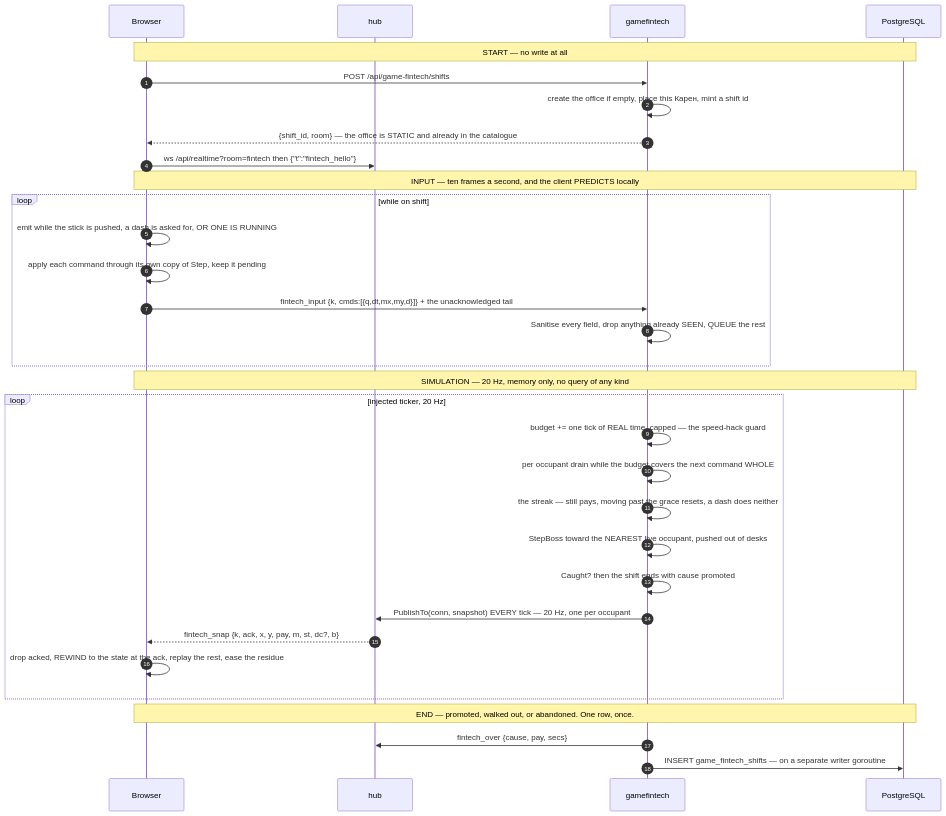
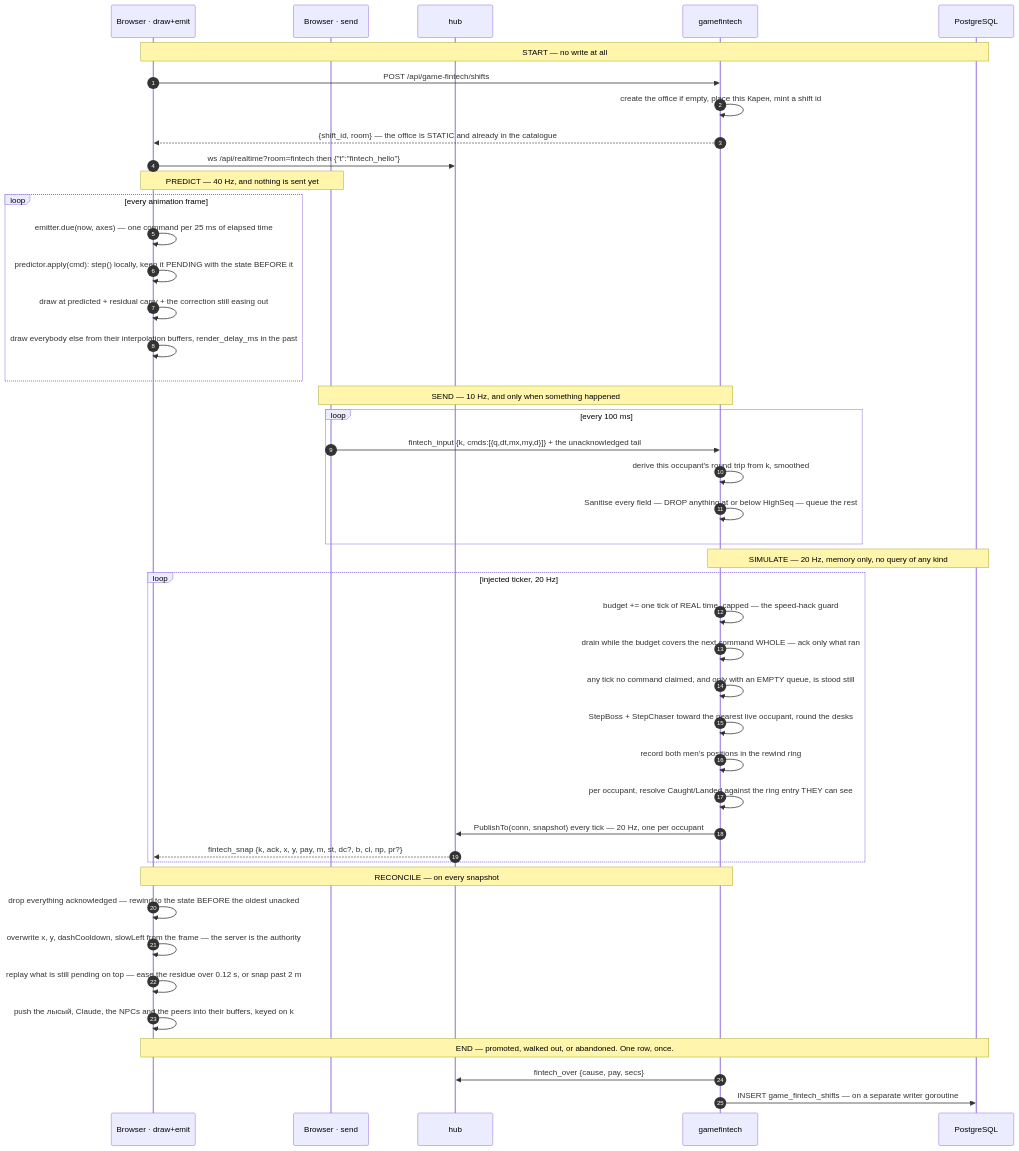
Before and after one commit to SergeyZSpb/psycho-space: the ninth of 13 diagrams in docs/ARCHITECTURE.md, drawn with Mermaid. The commit also changed other lines of this file and 4 other files, not shown here.

````diff
--- a/docs/ARCHITECTURE.md
+++ b/docs/ARCHITECTURE.md
@@ -375,38 +390,52 @@
 ```mermaid
 sequenceDiagram
     autonumber
-    participant B as Browser
+    participant D as Browser · draw+emit
+    participant S as Browser · send
     participant H as hub
     participant G as gamefintech
     participant P as PostgreSQL
 
-    Note over B,P: START — no write at all
-    B->>G: POST /api/game-fintech/shifts
+    Note over D,P: START — no write at all
+    D->>G: POST /api/game-fintech/shifts
     G->>G: create the office if empty, place this Карен, mint a shift id
-    G-->>B: {shift_id, room} — the office is STATIC and already in the catalogue
-    B->>H: ws /api/realtime?room=fintech then {"t":"fintech_hello"}
+    G-->>D: {shift_id, room} — the office is STATIC and already in the catalogue
+    D->>H: ws /api/realtime?room=fintech then {"t":"fintech_hello"}
 
-    Note over B,P: INPUT — ten frames a second, and the client PREDICTS locally
-    loop while on shift
-        B->>B: emit while the stick is pushed, a dash is asked for, OR ONE IS RUNNING
-        B->>B: apply each command through its own copy of Step, keep it pending
-        B->>G: fintech_input {k, cmds:[{q,dt,mx,my,d}]} + the unacknowledged tail
-        G->>G: Sanitise every field, drop anything already SEEN, QUEUE the rest
+    Note over D,S: PREDICT — 40 Hz, and nothing is sent yet
+    loop every animation frame
+        D->>D: emitter.due(now, axes) — one command per 25 ms of elapsed time
+        D->>D: predictor.apply(cmd): step() locally, keep it PENDING with the state BEFORE it
+        D->>D: draw at predicted + residual carry + the correction still easing out
+        D->>D: draw everybody else from their interpolation buffers, render_delay_ms in the past
     end
 
-    Note over B,P: SIMULATION — 20 Hz, memory only, no query of any kind
+    Note over S,G: SEND — 10 Hz, and only when something happened
+    loop every 100 ms
+        S->>G: fintech_input {k, cmds:[{q,dt,mx,my,d}]} + the unacknowledged tail
+        G->>G: derive this occupant's round trip from k, smoothed
+        G->>G: Sanitise every field — DROP anything at or below HighSeq — queue the rest
+    end
+
+    Note over G,P: SIMULATE — 20 Hz, memory only, no query of any kind
     loop injected ticker, 20 Hz
         G->>G: budget += one tick of REAL time, capped — the speed-hack guard
-        G->>G: per occupant drain while the budget covers the next command WHOLE
-        G->>G: the streak — still pays, moving past the grace resets, a dash does neither
-        G->>G: StepBoss toward the NEAREST live occupant, pushed out of desks
-        G->>G: Caught? then the shift ends with cause promoted
-        G->>H: PublishTo(conn, snapshot) EVERY tick — 20 Hz, one per occupant
-        H-->>B: fintech_snap {k, ack, x, y, pay, m, st, dc?, b}
-        B->>B: drop acked, REWIND to the state at the ack, replay the rest, ease the residue
+        G->>G: drain while the budget covers the next command WHOLE — ack only what ran
+        G->>G: any tick no command claimed, and only with an EMPTY queue, is stood still
+        G->>G: StepBoss + StepChaser toward the nearest live occupant, round the desks
+        G->>G: record both men's positions in the rewind ring
+        G->>G: per occupant, resolve Caught/Landed against the ring entry THEY can see
+        G->>H: PublishTo(conn, snapshot) every tick — 20 Hz, one per occupant
+        H-->>D: fintech_snap {k, ack, x, y, pay, m, st, dc?, b, cl, np, pr?}
     end
 
-    Note over B,P: END — promoted, walked out, or abandoned. One row, once.
+    Note over D,G: RECONCILE — on every snapshot
+    D->>D: drop everything acknowledged — rewind to the state BEFORE the oldest unacked
+    D->>D: overwrite x, y, dashCooldown, slowLeft from the frame — the server is the authority
+    D->>D: replay what is still pending on top — ease the residue over 0.12 s, or snap past 2 m
+    D->>D: push the лысый, Claude, the NPCs and the peers into their buffers, keyed on k
+
+    Note over D,P: END — promoted, walked out, or abandoned. One row, once.
     G->>H: fintech_over {cause, pay, secs}
     G->>P: INSERT game_fintech_shifts — on a separate writer goroutine
 ```
````
